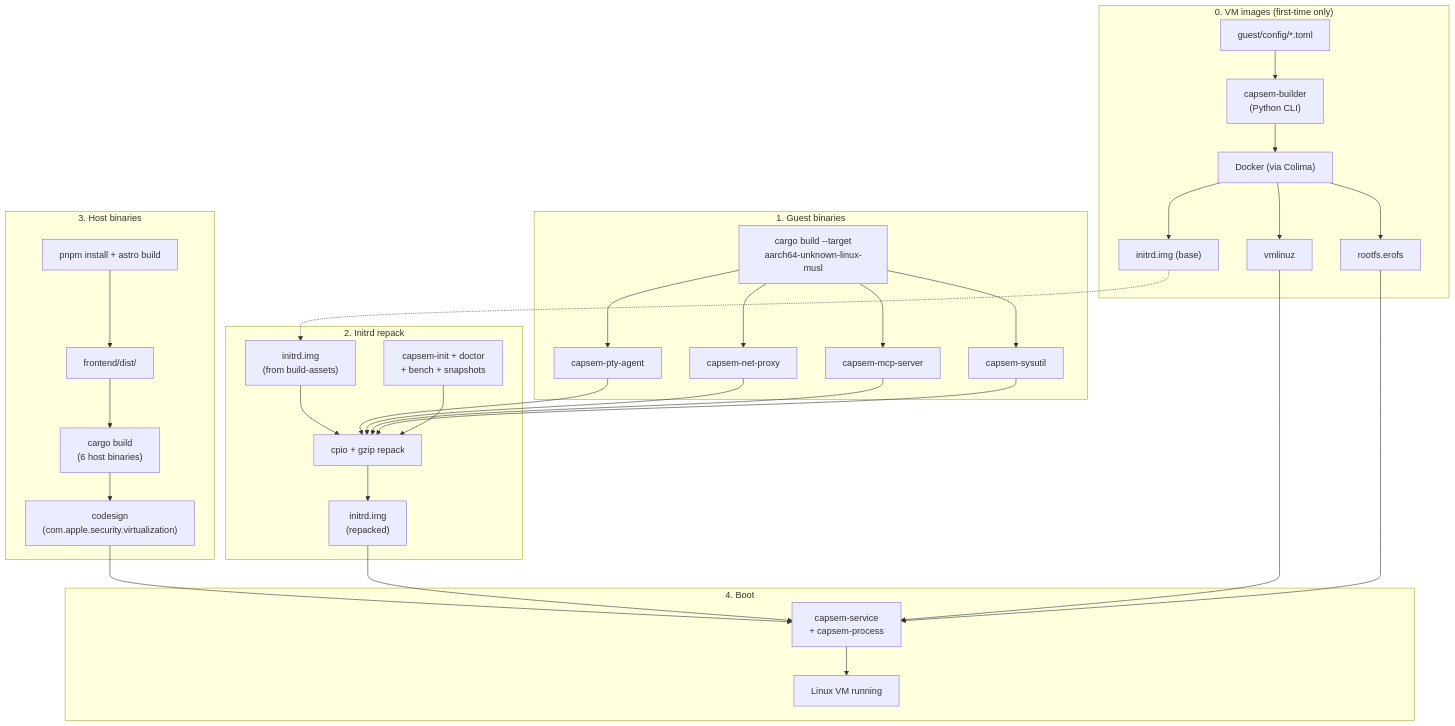
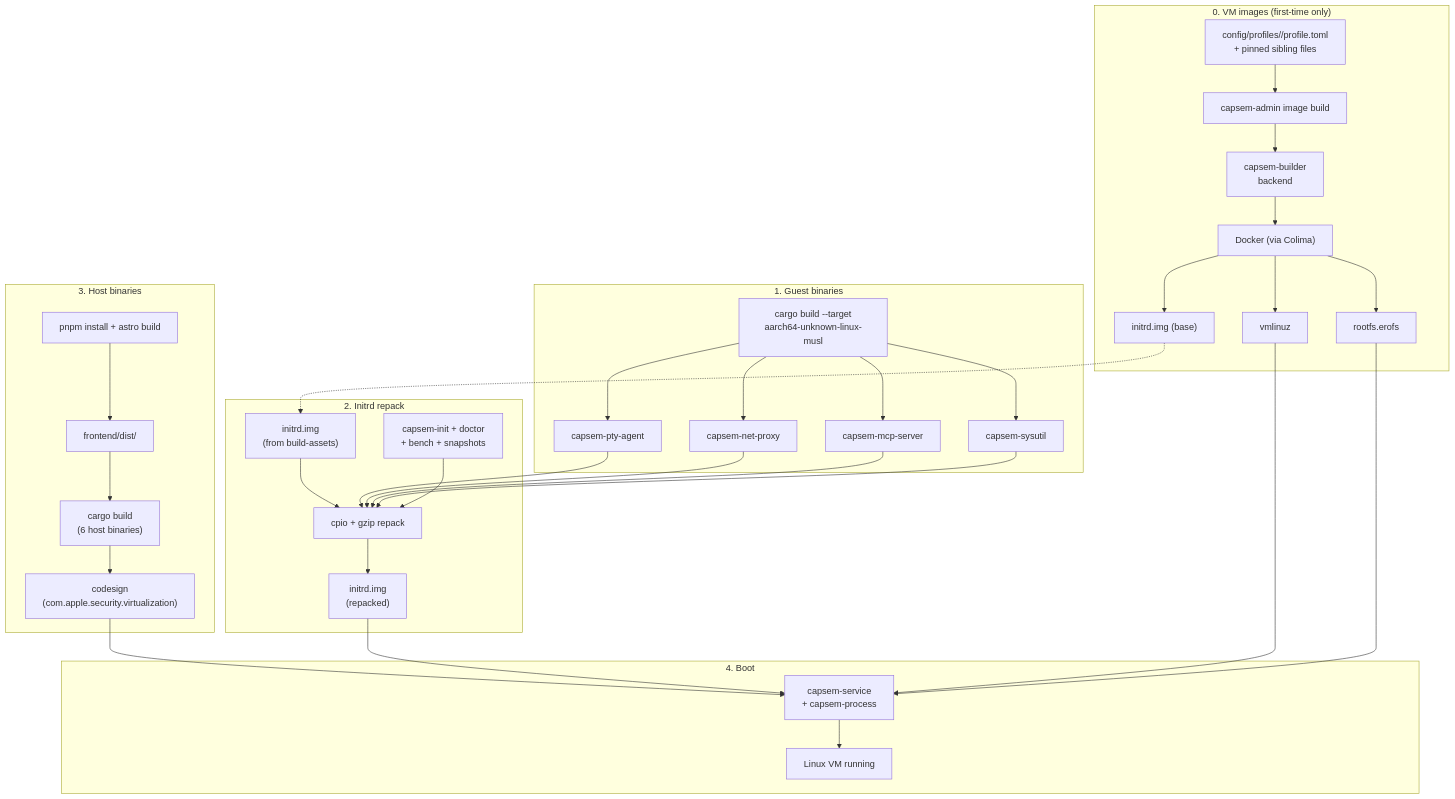
One commit to google/capsem changed the first of 2 diagrams in docs/src/content/docs/development/stack.md. Above: the diagram before and after it, drawn with Mermaid. The commit also changed other lines of this file and 19 other files, not shown here.

Commit message:
docs: align image docs with profile rail

````diff
--- a/docs/src/content/docs/development/stack.md
+++ b/docs/src/content/docs/development/stack.md
@@ -12,49 +12,50 @@
 ```mermaid
 flowchart TD
     subgraph stage1["1. Guest binaries"]
         CARGO_CROSS["cargo build --target\naarch64-unknown-linux-musl"]
         AGENT["capsem-pty-agent"]
         NETPROXY["capsem-net-proxy"]
         MCP["capsem-mcp-server"]
         SYSUTIL["capsem-sysutil"]
         CARGO_CROSS --> AGENT & NETPROXY & MCP & SYSUTIL
     end
 
     subgraph stage2["2. Initrd repack"]
         INITRD_IN["initrd.img\n(from build-assets)"]
         SCRIPTS["capsem-init + doctor\n+ bench + snapshots"]
         REPACK["cpio + gzip repack"]
         INITRD_IN --> REPACK
         AGENT & NETPROXY & MCP & SYSUTIL --> REPACK
         SCRIPTS --> REPACK
         REPACK --> INITRD_OUT["initrd.img\n(repacked)"]
     end
 
     subgraph stage3["3. Host binaries"]
         PNPM["pnpm install + astro build"]
         DIST["frontend/dist/"]
         CARGO_HOST["cargo build\n(6 host binaries)"]
         PNPM --> DIST --> CARGO_HOST
         CARGO_HOST --> SIGN["codesign\n(com.apple.security.virtualization)"]
     end
 
     subgraph stage0["0. VM images (first-time only)"]
-        TOML["guest/config/*.toml"]
-        BUILDER["capsem-builder\n(Python CLI)"]
+        PROFILE["config/profiles/<id>/profile.toml\n+ pinned sibling files"]
+        ADMIN["capsem-admin image build"]
+        BUILDER["capsem-builder\nbackend"]
         DOCKER["Docker (via Colima)"]
-        TOML --> BUILDER --> DOCKER
+        PROFILE --> ADMIN --> BUILDER --> DOCKER
         DOCKER --> VMLINUZ["vmlinuz"]
         DOCKER --> ROOTFS["rootfs.erofs"]
         DOCKER --> INITRD_BASE["initrd.img (base)"]
     end
 
     INITRD_BASE -.-> INITRD_IN
 
     subgraph stage4["4. Boot"]
         SIGN --> BOOT["capsem-service\n+ capsem-process"]
         INITRD_OUT --> BOOT
         VMLINUZ --> BOOT
         ROOTFS --> BOOT
         BOOT --> VM["Linux VM running"]
     end
 ```
````
